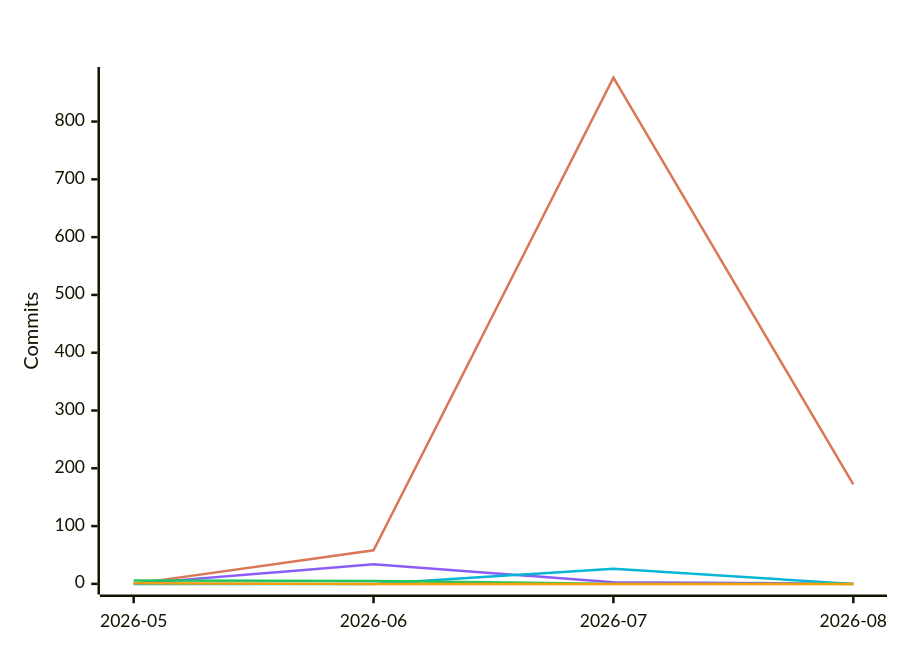
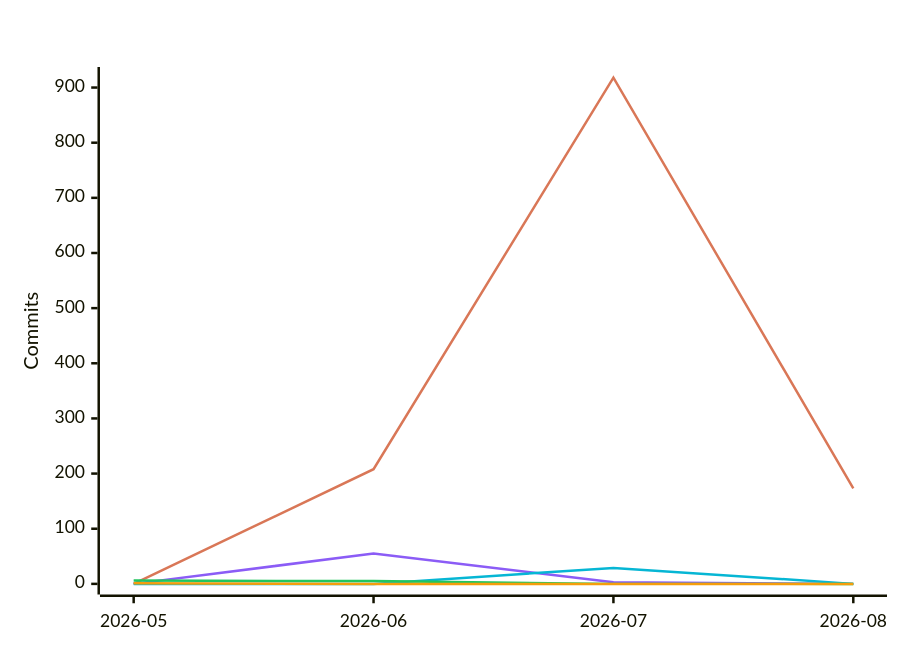
One commit to polo-nyan/polo-nyan changed the fifth of 7 diagrams in README.md. Above: the diagram before and after it, drawn with Mermaid. The commit also changed other lines of this file and 1 other file, not shown here.

````diff
--- a/README.md
+++ b/README.md
@@ -313,12 +313,12 @@
 ```mermaid
 %%{init: {"xyChart": {"titleColor": "#ffffff", "xAxisLabelColor": "#ffffff", "yAxisLabelColor": "#ffffff"}, "themeVariables": {"xyChart": {"titleColor": "#ffffff", "plotColorPalette": "#d97757, #8b5cf6, #06b6d4, #22c55e, #f59e0b, #ec4899"}}}}%%
 xychart-beta
     title "Commits Per Month by Model Family"
     x-axis ["2026-05", "2026-06", "2026-07", "2026-08"]
     y-axis "Commits"
-    line [0, 58, 876, 172]
-    line [0, 34, 3, 0]
-    line [0, 0, 26, 0]
+    line [0, 208, 918, 173]
+    line [0, 55, 3, 0]
+    line [0, 0, 29, 0]
     line [6, 5, 0, 0]
     line [1, 0, 0, 0]
 ```
````
